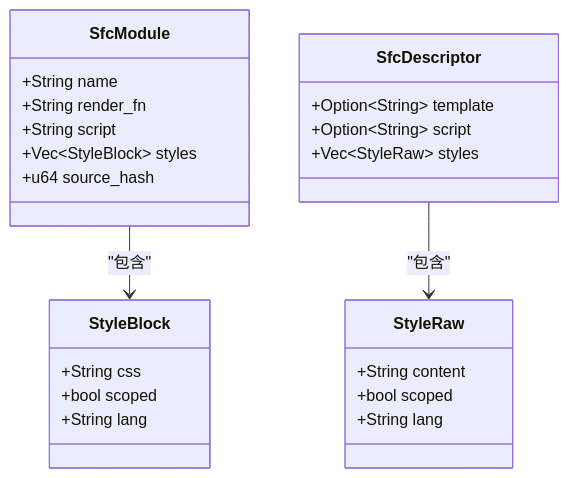
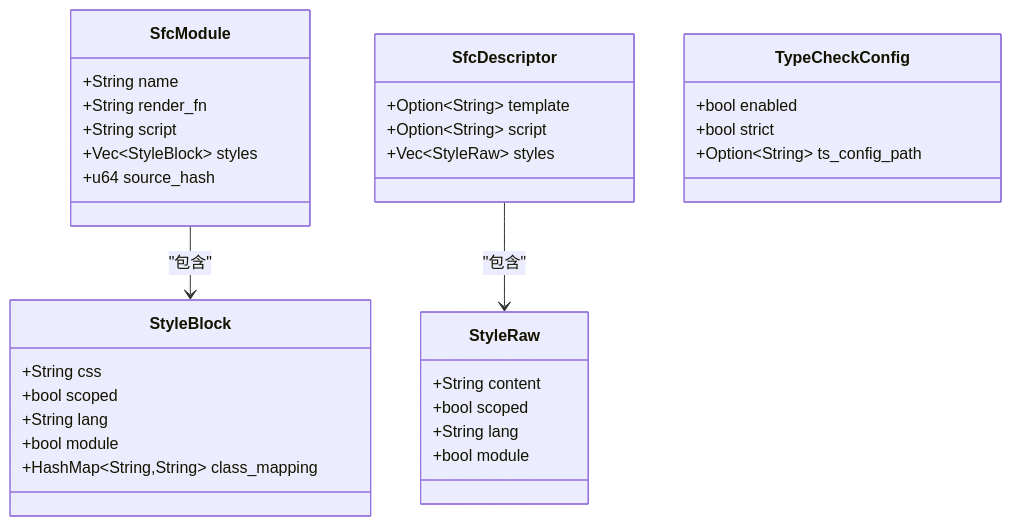
The second of 19 diagrams in .qoder/repowiki/zh/content/技术架构详解/即时转译系统/SFC编译器初始化机制.md (itszzl-sudo/iris), drawn with Mermaid before and after one commit. The commit also changed other lines of this file and 3 other files, not shown here.

````diff
--- a/.qoder/repowiki/zh/content/技术架构详解/即时转译系统/SFC编译器初始化机制.md
+++ b/.qoder/repowiki/zh/content/技术架构详解/即时转译系统/SFC编译器初始化机制.md
@@ -89,27 +101,35 @@
 ```mermaid
 classDiagram
 class SfcModule {
 +String name
 +String render_fn
 +String script
 +Vec~StyleBlock~ styles
 +u64 source_hash
 }
 class StyleBlock {
 +String css
 +bool scoped
 +String lang
++bool module
++HashMap~String,String~ class_mapping
 }
 class SfcDescriptor {
 +Option~String~ template
 +Option~String~ script
 +Vec~StyleRaw~ styles
 }
 class StyleRaw {
 +String content
 +bool scoped
 +String lang
++bool module
+}
+class TypeCheckConfig {
++bool enabled
++bool strict
++Option~String~ ts_config_path
 }
 SfcModule --> StyleBlock : "包含"
 SfcDescriptor --> StyleRaw : "包含"
 ```
````
